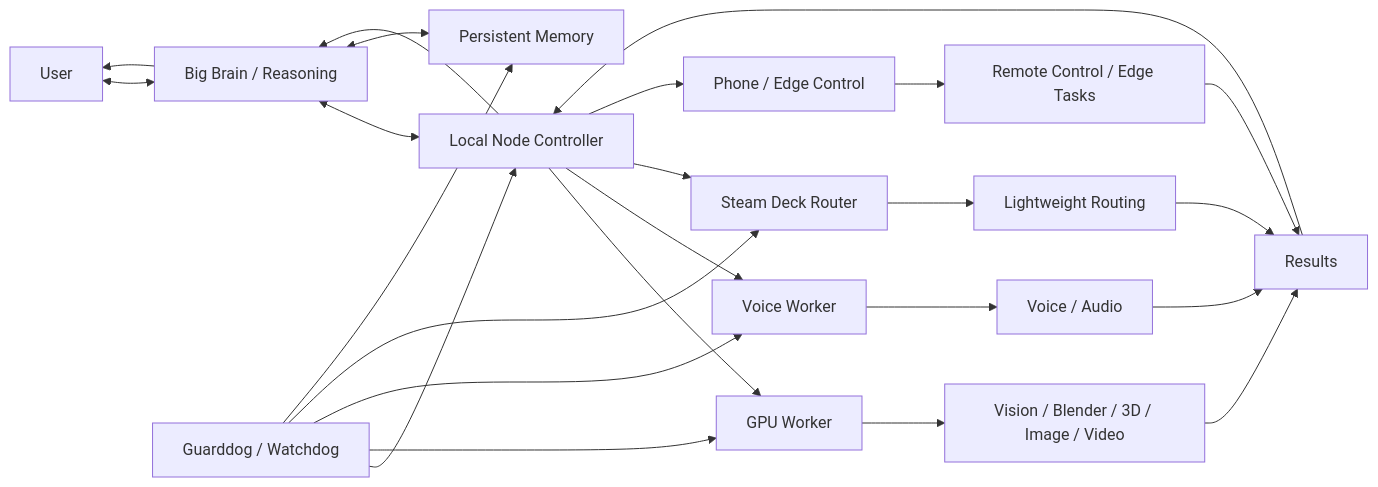
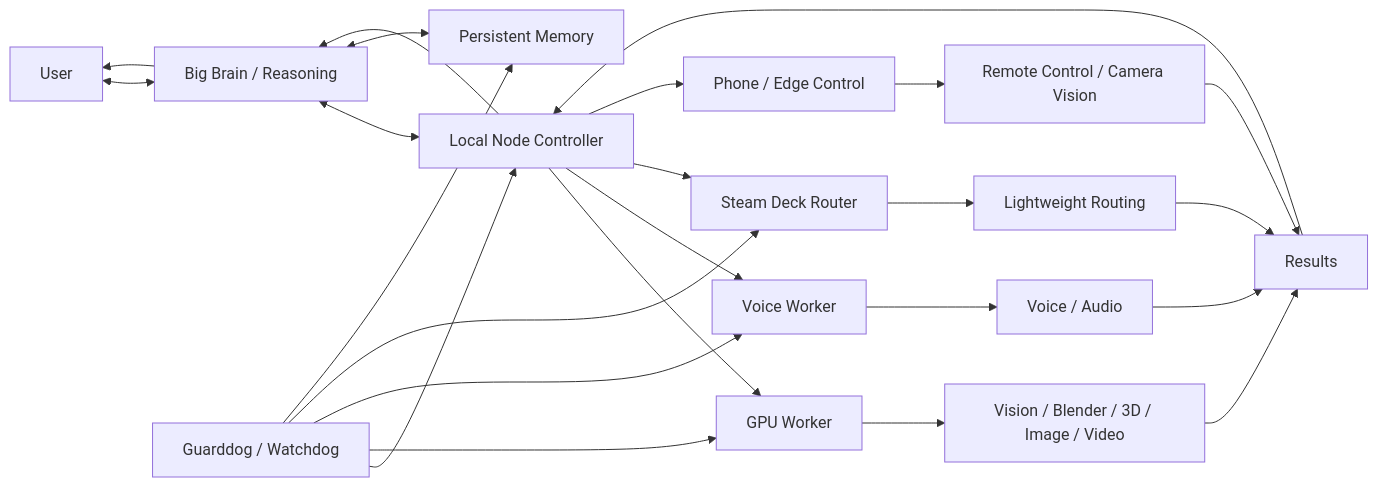
The diagram in docs/ARCHITECTURE.md (kushzombie420/aubum-local-node), drawn with Mermaid before and after one commit. The commit also changed other lines of this file, not shown here.

Commit message:
Document desktop vision and visual continuity architecture

````diff
--- a/docs/ARCHITECTURE.md
+++ b/docs/ARCHITECTURE.md
@@ -9,32 +9,32 @@
 ```mermaid
 flowchart LR
     U["User"] <--> B["Big Brain / Reasoning"]
 
     B <--> C["Local Node Controller"]
     B <--> M["Persistent Memory"]
 
     C --> H["GPU Worker"]
     C --> V["Voice Worker"]
     C --> D["Steam Deck Router"]
     C --> P["Phone / Edge Control"]
 
     H --> G1["Vision / Blender / 3D / Image / Video"]
     V --> G2["Voice / Audio"]
     D --> G3["Lightweight Routing"]
-    P --> G4["Remote Control / Edge Tasks"]
+    P --> G4["Remote Control / Camera Vision"]
 
     W["Guarddog / Watchdog"] --> C
     W --> H
     W --> V
     W --> D
     W --> M
 
     G1 --> R["Results"]
     G2 --> R
     G3 --> R
     G4 --> R
 
     R --> C
     C --> B
     B --> U
 ```
````
